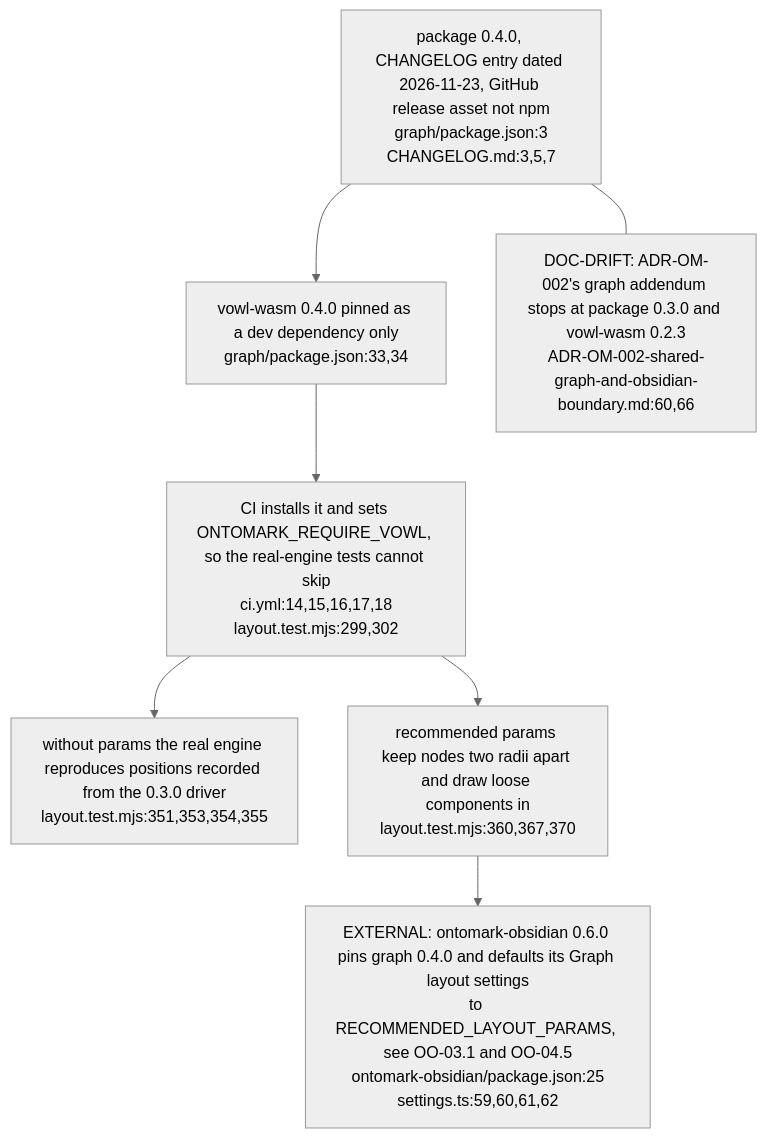
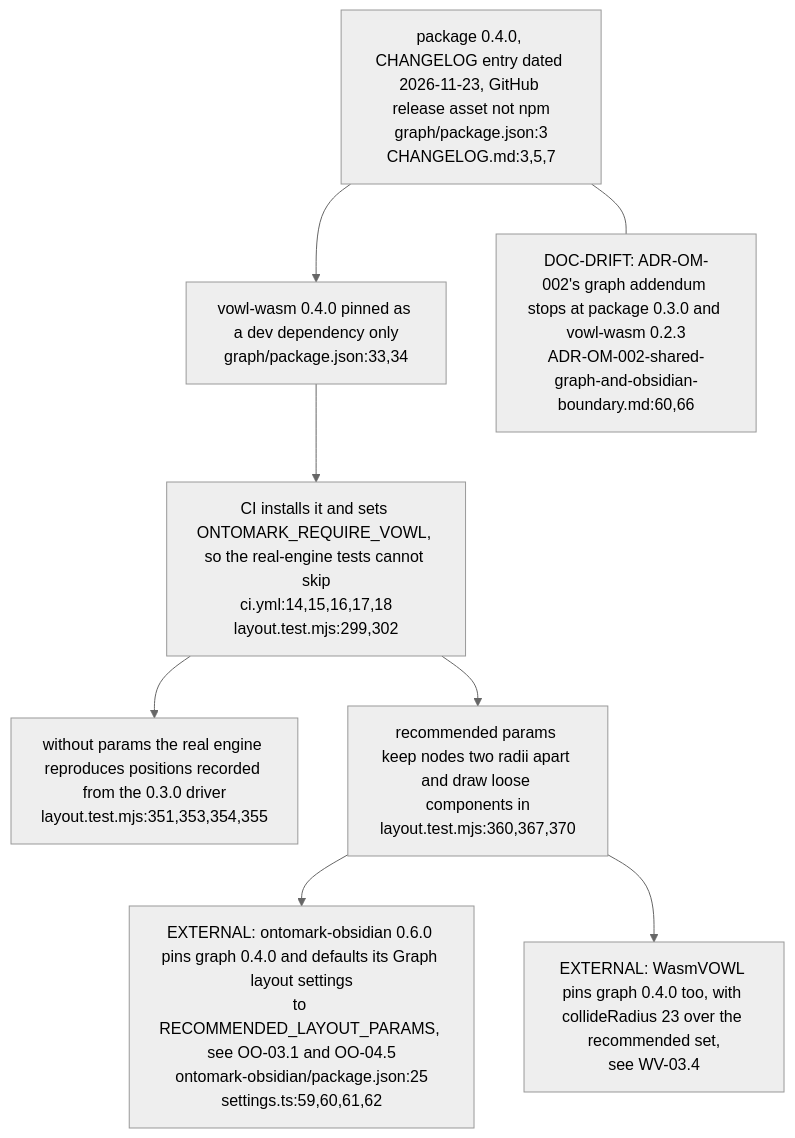
One commit to DreamLab-AI/VisionFlow changed the third of 3 diagrams in docs/diagrams/ontomark/14-graph-layout-parameters.md. Above: the diagram before and after it, drawn with Mermaid (neutral theme). The commit also changed other lines of this file and 1 other file, not shown here.

Commit message:
docs(diagrams): qualify the vowl-wasm npm history and OM-14 consumers
VW-05.3: the E404 history is the release workflow's; the registry also
lists 0.1.2 (2026-09-06), so 0.3.0 is the first Trusted Publishing
release, not the first npm version. OM-14.3: WasmVOWL is a 0.4.0
consumer alongside ontomark-obsidian.

````diff
--- a/docs/diagrams/ontomark/14-graph-layout-parameters.md
+++ b/docs/diagrams/ontomark/14-graph-layout-parameters.md
@@ -77,15 +77,17 @@
 ```mermaid
 flowchart TD
     PKG["package 0.4.0, CHANGELOG entry dated 2026-11-23, GitHub release asset not npm<br/>graph/package.json:3<br/>CHANGELOG.md:3,5,7"]
     DEV["vowl-wasm 0.4.0 pinned as a dev dependency only<br/>graph/package.json:33,34"]
     CI["CI installs it and sets ONTOMARK_REQUIRE_VOWL, so the real-engine tests cannot skip<br/>ci.yml:14,15,16,17,18<br/>layout.test.mjs:299,302"]
     SAME["without params the real engine reproduces positions recorded from the 0.3.0 driver<br/>layout.test.mjs:351,353,354,355"]
     SEP["recommended params keep nodes two radii apart and draw loose components in<br/>layout.test.mjs:360,367,370"]
     PKG --> DEV --> CI
     CI --> SAME
     CI --> SEP
     OBS["EXTERNAL: ontomark-obsidian 0.6.0 pins graph 0.4.0 and defaults its Graph layout settings<br/>to RECOMMENDED_LAYOUT_PARAMS, see OO-03.1 and OO-04.5<br/>ontomark-obsidian/package.json:25<br/>settings.ts:59,60,61,62"]
     SEP --> OBS
+    WVC["EXTERNAL: WasmVOWL pins graph 0.4.0 too, with collideRadius 23 over the recommended set,<br/>see WV-03.4"]
+    SEP --> WVC
     DRIFT["DOC-DRIFT: ADR-OM-002's graph addendum stops at package 0.3.0 and vowl-wasm 0.2.3<br/>ADR-OM-002-shared-graph-and-obsidian-boundary.md:60,66"]
     PKG --- DRIFT
 ```
````
